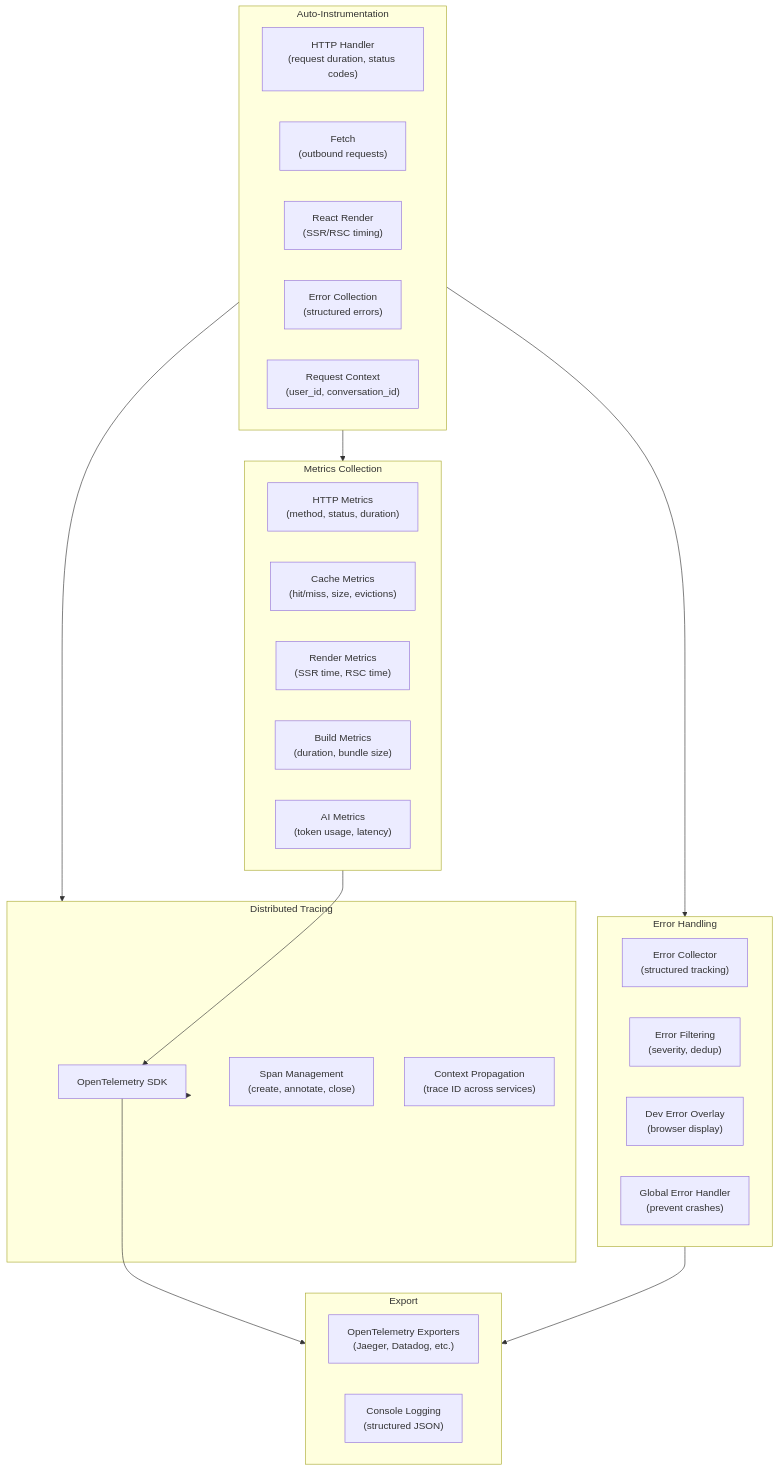
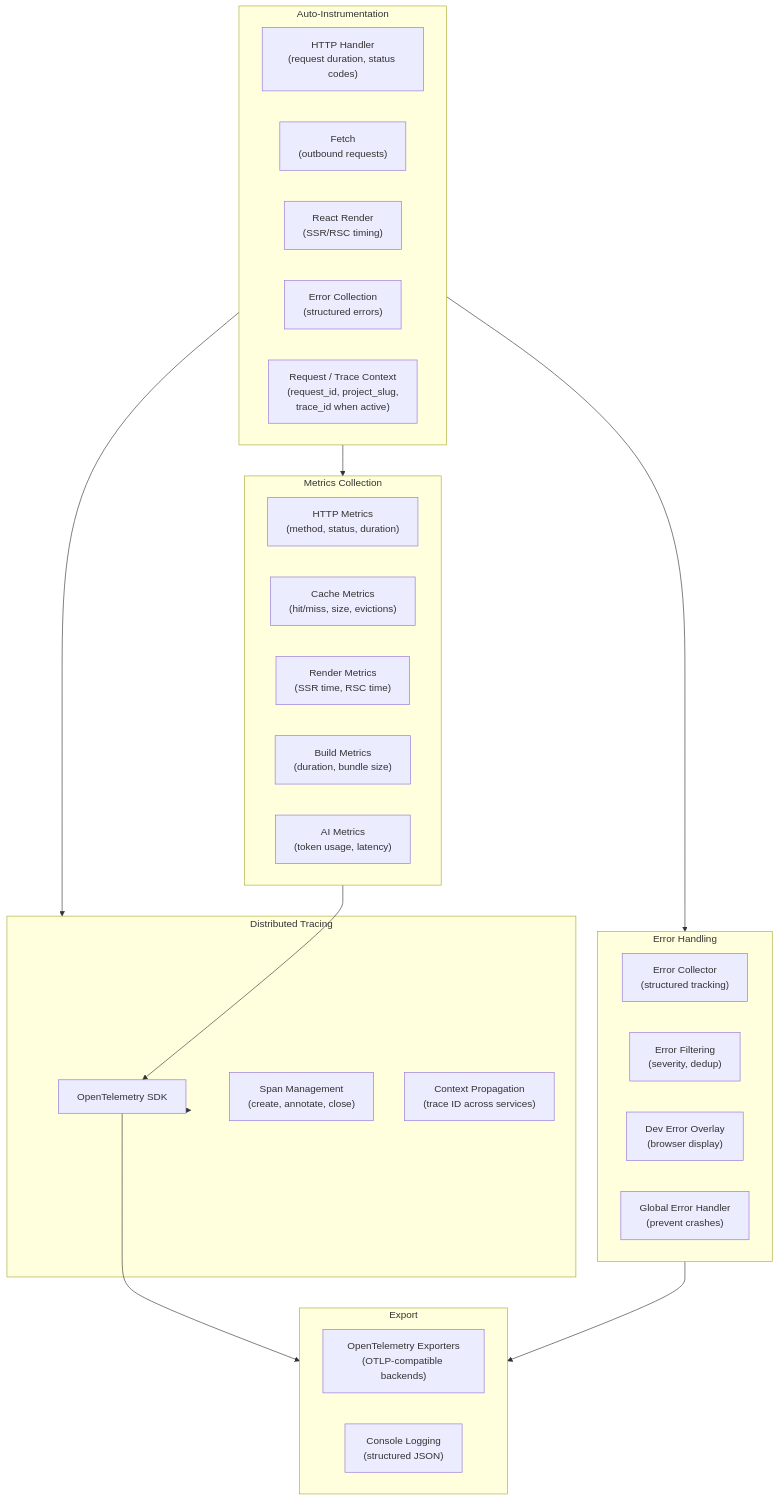
Before and after one commit to veryfront/veryfront-code: the third of 5 diagrams in docs/architecture/06-discovery-extensions.md, drawn with Mermaid. The commit also changed other lines of this file and 28 other files, not shown here.

````diff
--- a/docs/architecture/06-discovery-extensions.md
+++ b/docs/architecture/06-discovery-extensions.md
@@ -181,45 +159,45 @@
 ```mermaid
 graph TB
     subgraph Instrumentation["Auto-Instrumentation"]
         HTTPInstr["HTTP Handler<br/>(request duration, status codes)"]
         FetchInstr["Fetch<br/>(outbound requests)"]
         RenderInstr["React Render<br/>(SSR/RSC timing)"]
         ErrorInstr["Error Collection<br/>(structured errors)"]
-        ReqCtx["Request Context<br/>(user_id, conversation_id)"]
+        ReqCtx["Request / Trace Context<br/>(request_id, project_slug,<br/>trace_id when active)"]
     end
 
     subgraph Tracing["Distributed Tracing"]
         OTel["OpenTelemetry SDK"]
         Spans["Span Management<br/>(create, annotate, close)"]
         PropCtx["Context Propagation<br/>(trace ID across services)"]
     end
 
     subgraph Metrics["Metrics Collection"]
         HTTPMetrics["HTTP Metrics<br/>(method, status, duration)"]
         CacheMetrics["Cache Metrics<br/>(hit/miss, size, evictions)"]
         RenderMetrics["Render Metrics<br/>(SSR time, RSC time)"]
         BuildMetrics["Build Metrics<br/>(duration, bundle size)"]
         AIMetrics["AI Metrics<br/>(token usage, latency)"]
     end
 
     subgraph ErrorHandling["Error Handling"]
         Collector["Error Collector<br/>(structured tracking)"]
         Filter["Error Filtering<br/>(severity, dedup)"]
         DevOverlay["Dev Error Overlay<br/>(browser display)"]
         GlobalHandler["Global Error Handler<br/>(prevent crashes)"]
     end
 
     subgraph Export["Export"]
-        OTelExport["OpenTelemetry Exporters<br/>(Jaeger, Datadog, etc.)"]
+        OTelExport["OpenTelemetry Exporters<br/>(OTLP-compatible backends)"]
         Console["Console Logging<br/>(structured JSON)"]
     end
 
     Instrumentation --> Tracing
     Instrumentation --> Metrics
     Instrumentation --> ErrorHandling
 
     Tracing --> OTel
     Metrics --> OTel
     OTel --> Export
     ErrorHandling --> Export
 ```
````
